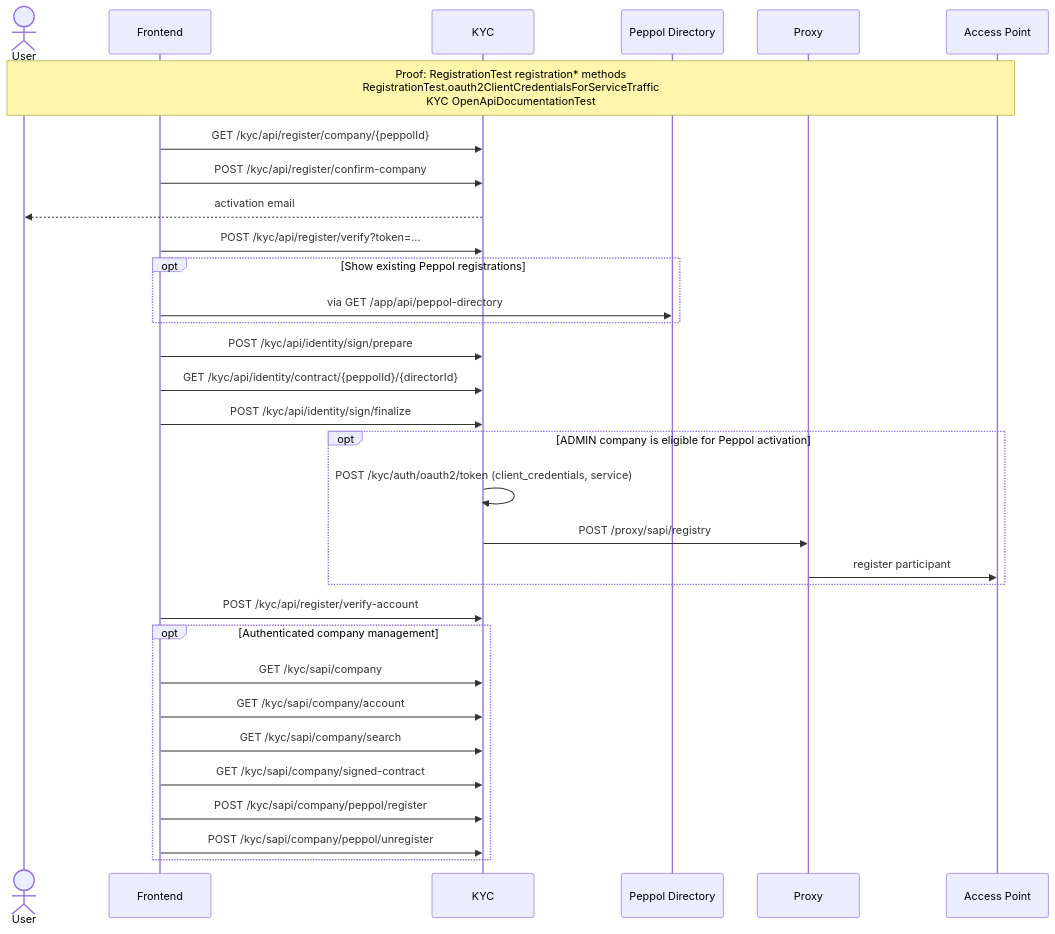
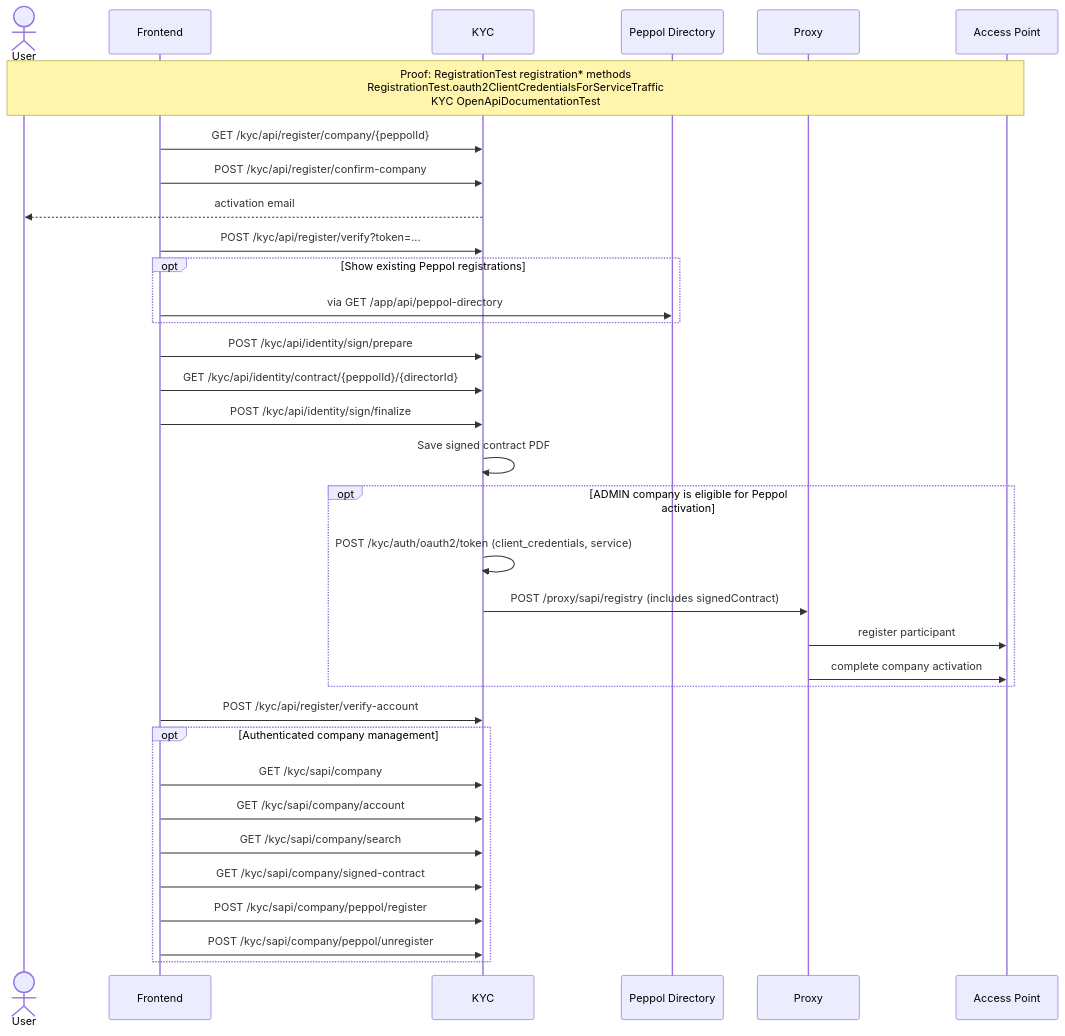
Before and after one commit to letspeppol/letspeppol: the diagram in readme/api-registration-and-company-activation.md, drawn with Mermaid. The commit also changed other lines of this file and 11 other files, not shown here.

````diff
--- a/readme/api-registration-and-company-activation.md
+++ b/readme/api-registration-and-company-activation.md
@@ -9,35 +9,37 @@
 ```mermaid
 sequenceDiagram
     actor User
     participant UI as Frontend
     participant KYC
     participant Directory as Peppol Directory
     participant Proxy
     participant AP as Access Point
 
     Note over User,AP: Proof: RegistrationTest registration* methods<br/>RegistrationTest.oauth2ClientCredentialsForServiceTraffic<br/>KYC OpenApiDocumentationTest
     UI->>KYC: GET /kyc/api/register/company/{peppolId}
     UI->>KYC: POST /kyc/api/register/confirm-company
     KYC-->>User: activation email
     UI->>KYC: POST /kyc/api/register/verify?token=...
     opt Show existing Peppol registrations
         UI->>Directory: via GET /app/api/peppol-directory
     end
     UI->>KYC: POST /kyc/api/identity/sign/prepare
     UI->>KYC: GET /kyc/api/identity/contract/{peppolId}/{directorId}
     UI->>KYC: POST /kyc/api/identity/sign/finalize
+    KYC->>KYC: Save signed contract PDF
     opt ADMIN company is eligible for Peppol activation
         KYC->>KYC: POST /kyc/auth/oauth2/token (client_credentials, service)
-        KYC->>Proxy: POST /proxy/sapi/registry
+        KYC->>Proxy: POST /proxy/sapi/registry (includes signedContract)
         Proxy->>AP: register participant
+        Proxy->>AP: complete company activation
     end
     UI->>KYC: POST /kyc/api/register/verify-account
     opt Authenticated company management
         UI->>KYC: GET /kyc/sapi/company
         UI->>KYC: GET /kyc/sapi/company/account
         UI->>KYC: GET /kyc/sapi/company/search
         UI->>KYC: GET /kyc/sapi/company/signed-contract
         UI->>KYC: POST /kyc/sapi/company/peppol/register
         UI->>KYC: POST /kyc/sapi/company/peppol/unregister
     end
 ```
````
